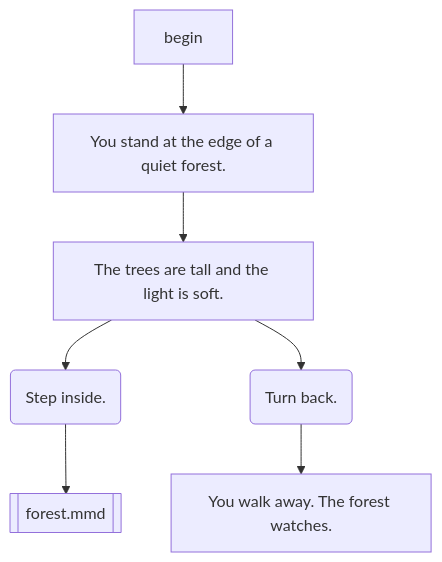
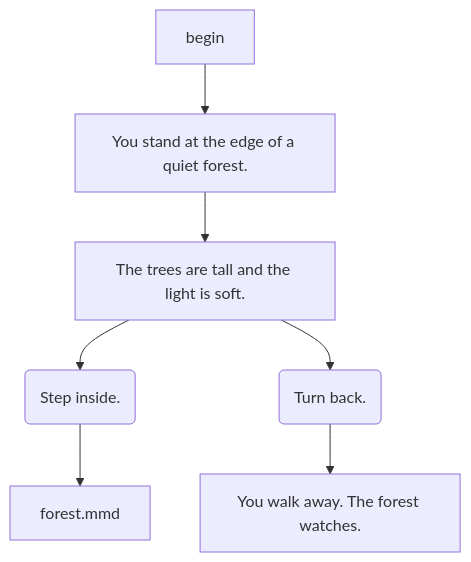
Before and after one commit to probablyduncan/understory: the diagram in examples/basic-story/src/scenes/intro.mmd, drawn with Mermaid. The commit also changed 13 other files, not shown here.

```diff
--- a/examples/basic-story/src/scenes/intro.mmd
+++ b/examples/basic-story/src/scenes/intro.mmd
@@ -1,7 +1,7 @@
 flowchart TD
     begin --> a[You stand at the edge of a quiet forest.]
     a --> b[The trees are tall and the light is soft.]
     b --> c(Step inside.)
     b --> d(Turn back.)
-    c --> e[[forest.mmd]]
+    c --> forest.mmd
     d --> f[You walk away. The forest watches.]
```
